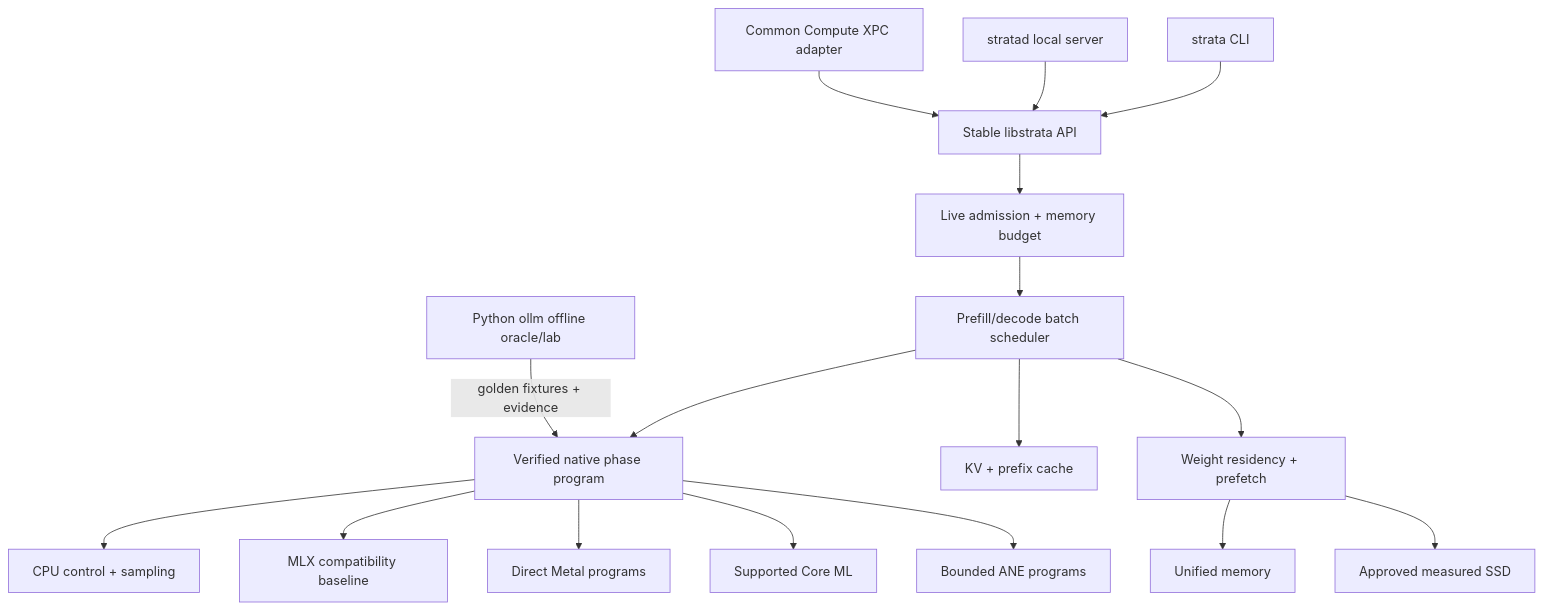
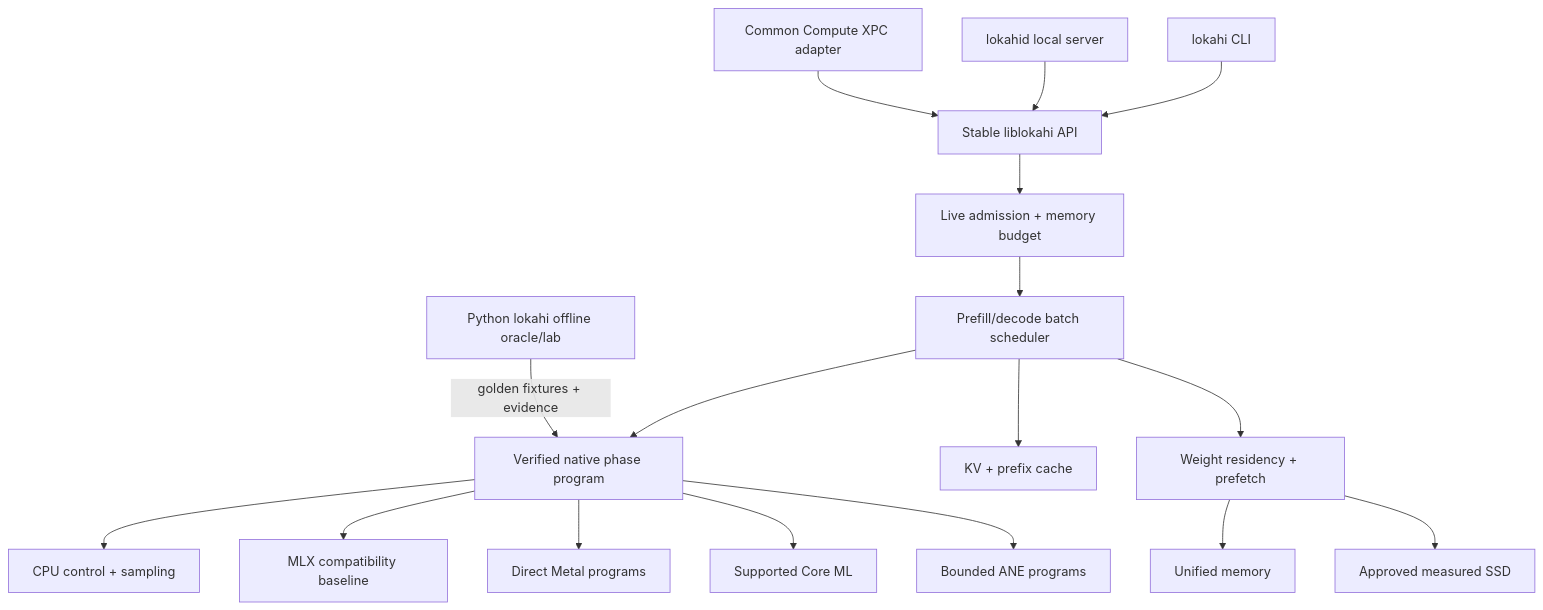
One commit to Ikaikaalika/strata changed the first of 2 diagrams in README.md. Above: the diagram before and after it, drawn with Mermaid. The commit also changed other lines of this file and 199 other files, not shown here.

First line of the commit message:
Rename Strata to Lokahi and ollm package to lokahi

````diff
--- a/README.md
+++ b/README.md
@@ -75,20 +76,20 @@
 ```mermaid
 flowchart TD
-    CLI["strata CLI"] --> API["Stable libstrata API"]
-    DAEMON["stratad local server"] --> API
+    CLI["lokahi CLI"] --> API["Stable liblokahi API"]
+    DAEMON["lokahid local server"] --> API
     CC["Common Compute XPC adapter"] --> API
     API --> ADMIT["Live admission + memory budget"]
     ADMIT --> BATCH["Prefill/decode batch scheduler"]
     BATCH --> PLAN["Verified native phase program"]
     PLAN --> CPU["CPU control + sampling"]
     PLAN --> MLX["MLX compatibility baseline"]
     PLAN --> METAL["Direct Metal programs"]
     PLAN --> COREML["Supported Core ML"]
     PLAN --> ANE["Bounded ANE programs"]
     BATCH --> KV["KV + prefix cache"]
     BATCH --> RES["Weight residency + prefetch"]
     RES --> RAM["Unified memory"]
     RES --> SSD["Approved measured SSD"]
 
-    LAB["Python ollm offline oracle/lab"] -->|"golden fixtures + evidence"| PLAN
+    LAB["Python lokahi offline oracle/lab"] -->|"golden fixtures + evidence"| PLAN
 ```
````
